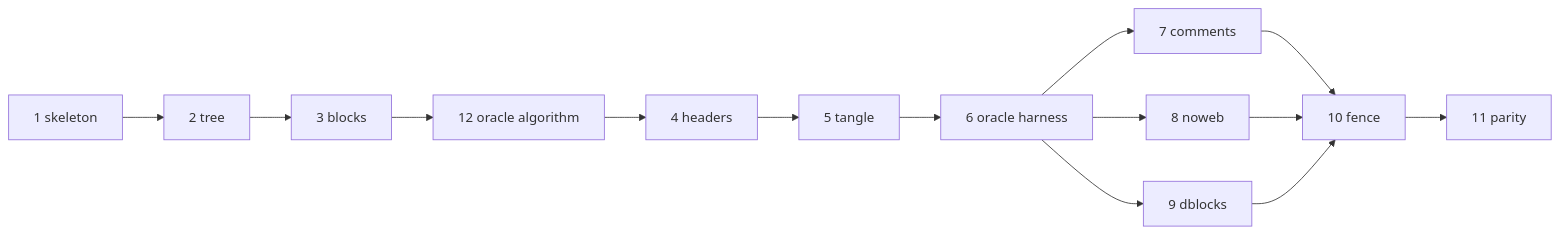
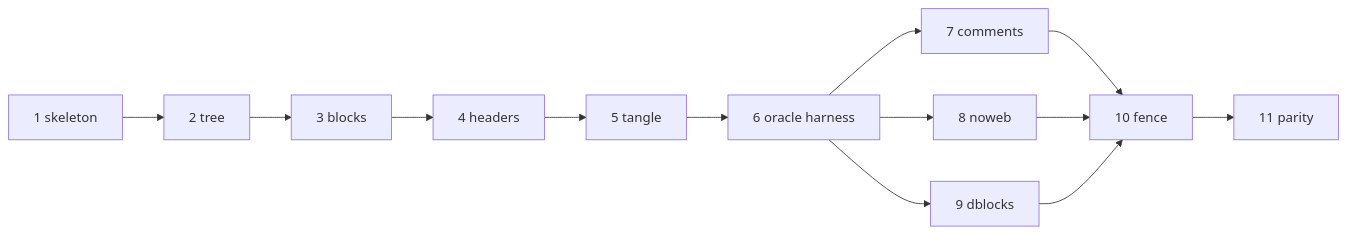
One commit to bilus/babble changed the first of 5 diagrams in BOOK.org. Above: the diagram before and after it, drawn with Mermaid. The commit also changed other lines of this file, not shown here.

First line of the commit message:
Fold the oracle-algorithm pivot into stage 3

```diff
--- a/BOOK.org
+++ b/BOOK.org
@@ -47,9 +44,9 @@
 #+begin_src mermaid
 graph LR
-  s1[1 skeleton] --> s2[2 tree] --> s3[3 blocks] --> s12[12 oracle algorithm]
-  s12 --> s4[4 headers] --> s5[5 tangle] --> s6[6 oracle harness]
+  s1[1 skeleton] --> s2[2 tree] --> s3[3 blocks] --> s4[4 headers]
+  s4 --> s5[5 tangle] --> s6[6 oracle harness]
   s6 --> s7[7 comments] --> s10[10 fence]
   s6 --> s8[8 noweb] --> s10
   s6 --> s9[9 dblocks] --> s10
   s10 --> s11[11 parity]
 #+end_src
```
